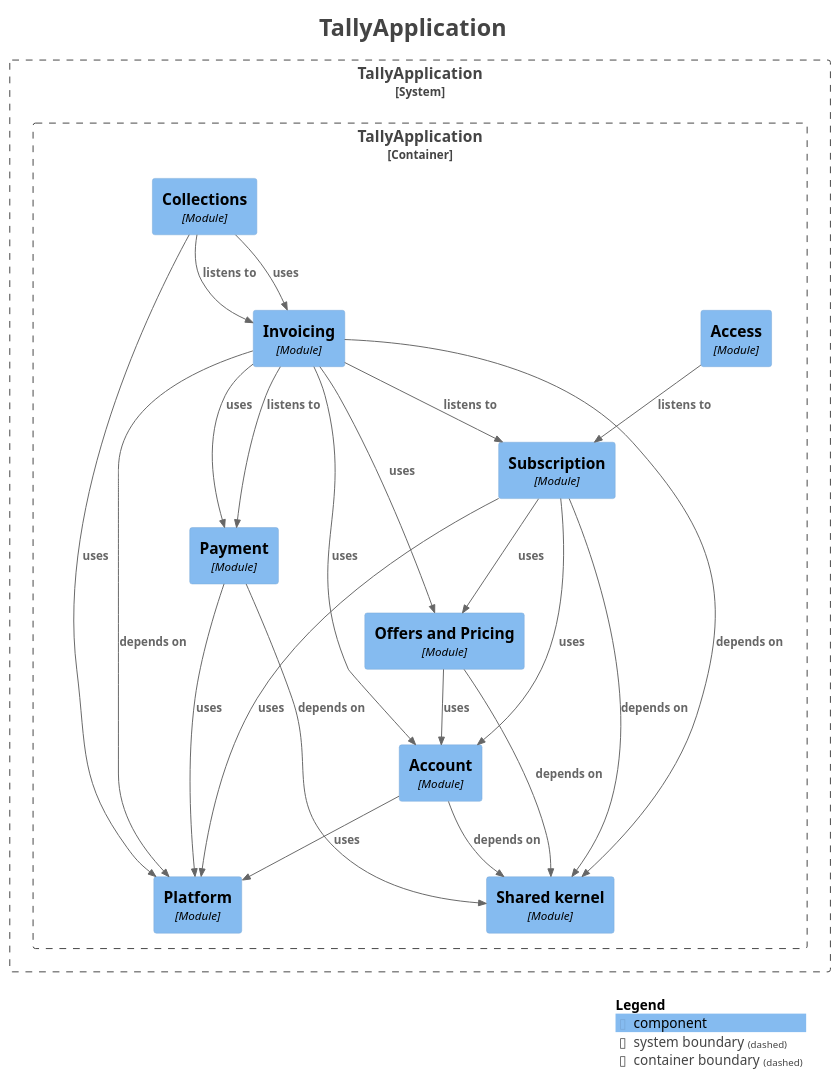
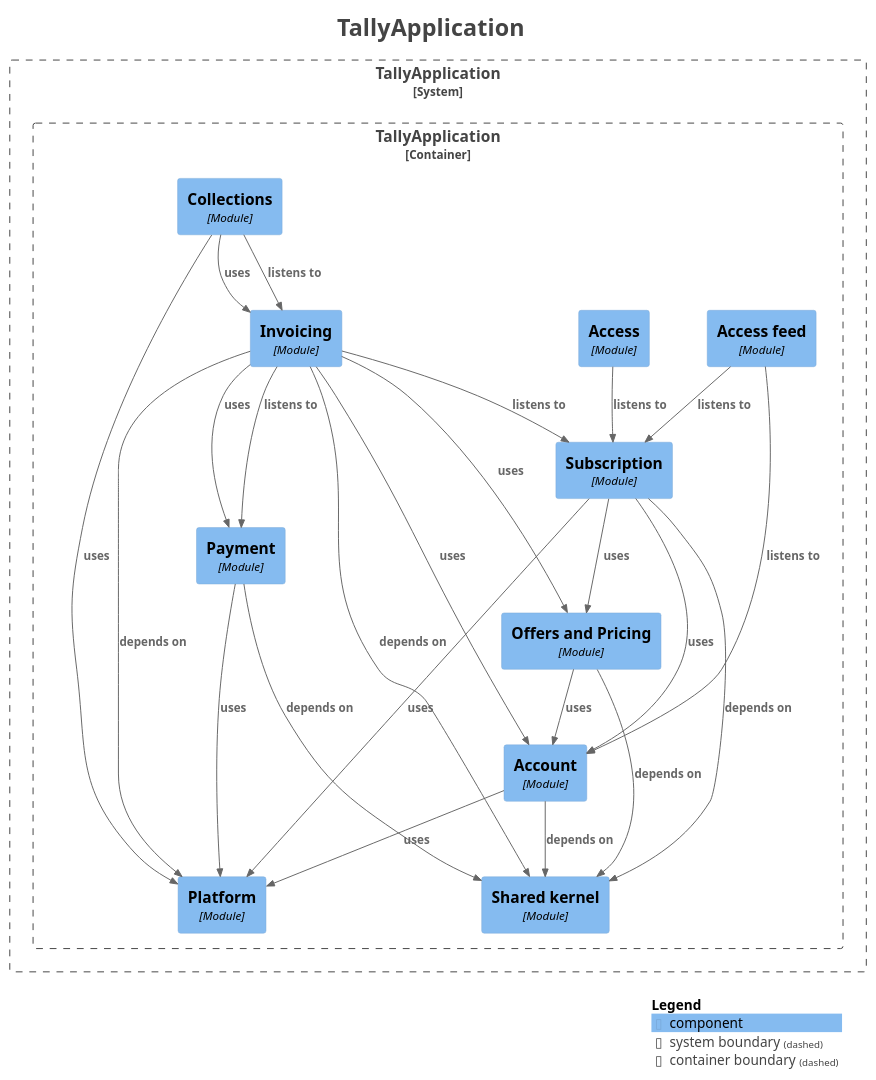
Before and after one commit to waleedarafa/tally: the diagram in docs/architecture/v2/components.puml, drawn with PlantUML. The commit also changed 15 other files, not shown here.

First line of the commit message:
The accessfeed module: one row of current access facts per account

```diff
--- a/docs/architecture/v2/components.puml
+++ b/docs/architecture/v2/components.puml
@@ -1,57 +1,60 @@
 @startuml
 title <size:24>TallyApplication</size>
 
 set separator none
 top to bottom direction
 
 <style>
   root {
     BackgroundColor: #ffffff
     FontColor: #444444
   }
 </style>
 
 !include <C4/C4>
 !include <C4/C4_Context>
 !include <C4/C4_Component>
 
 System_Boundary("TallyApplication_boundary", "TallyApplication", $tags="") {
   Container_Boundary("TallyApplication.TallyApplication_boundary", "TallyApplication", $tags="") {
     Component(TallyApplication.TallyApplication.Access, "Access", $techn="Module", $descr="", $tags="", $link="")
+    Component(TallyApplication.TallyApplication.Accessfeed, "Access feed", $techn="Module", $descr="", $tags="", $link="")
     Component(TallyApplication.TallyApplication.Account, "Account", $techn="Module", $descr="", $tags="", $link="")
     Component(TallyApplication.TallyApplication.Collections, "Collections", $techn="Module", $descr="", $tags="", $link="")
     Component(TallyApplication.TallyApplication.Invoicing, "Invoicing", $techn="Module", $descr="", $tags="", $link="")
     Component(TallyApplication.TallyApplication.OffersandPricing, "Offers and Pricing", $techn="Module", $descr="", $tags="", $link="")
     Component(TallyApplication.TallyApplication.Payment, "Payment", $techn="Module", $descr="", $tags="", $link="")
     Component(TallyApplication.TallyApplication.Platform, "Platform", $techn="Module", $descr="", $tags="", $link="")
     Component(TallyApplication.TallyApplication.Sharedkernel, "Shared kernel", $techn="Module", $descr="", $tags="", $link="")
     Component(TallyApplication.TallyApplication.Subscription, "Subscription", $techn="Module", $descr="", $tags="", $link="")
   }
 
 }
 
 Rel(TallyApplication.TallyApplication.Access, TallyApplication.TallyApplication.Subscription, "listens to", $techn="", $tags="", $link="")
+Rel(TallyApplication.TallyApplication.Accessfeed, TallyApplication.TallyApplication.Account, "listens to", $techn="", $tags="", $link="")
+Rel(TallyApplication.TallyApplication.Accessfeed, TallyApplication.TallyApplication.Subscription, "listens to", $techn="", $tags="", $link="")
 Rel(TallyApplication.TallyApplication.Account, TallyApplication.TallyApplication.Platform, "uses", $techn="", $tags="", $link="")
 Rel(TallyApplication.TallyApplication.Account, TallyApplication.TallyApplication.Sharedkernel, "depends on", $techn="", $tags="", $link="")
 Rel(TallyApplication.TallyApplication.Collections, TallyApplication.TallyApplication.Invoicing, "listens to", $techn="", $tags="", $link="")
 Rel(TallyApplication.TallyApplication.Collections, TallyApplication.TallyApplication.Invoicing, "uses", $techn="", $tags="", $link="")
 Rel(TallyApplication.TallyApplication.Collections, TallyApplication.TallyApplication.Platform, "uses", $techn="", $tags="", $link="")
 Rel(TallyApplication.TallyApplication.Invoicing, TallyApplication.TallyApplication.Account, "uses", $techn="", $tags="", $link="")
 Rel(TallyApplication.TallyApplication.Invoicing, TallyApplication.TallyApplication.OffersandPricing, "uses", $techn="", $tags="", $link="")
 Rel(TallyApplication.TallyApplication.Invoicing, TallyApplication.TallyApplication.Payment, "listens to", $techn="", $tags="", $link="")
 Rel(TallyApplication.TallyApplication.Invoicing, TallyApplication.TallyApplication.Payment, "uses", $techn="", $tags="", $link="")
 Rel(TallyApplication.TallyApplication.Invoicing, TallyApplication.TallyApplication.Platform, "depends on", $techn="", $tags="", $link="")
 Rel(TallyApplication.TallyApplication.Invoicing, TallyApplication.TallyApplication.Sharedkernel, "depends on", $techn="", $tags="", $link="")
 Rel(TallyApplication.TallyApplication.Invoicing, TallyApplication.TallyApplication.Subscription, "listens to", $techn="", $tags="", $link="")
 Rel(TallyApplication.TallyApplication.OffersandPricing, TallyApplication.TallyApplication.Account, "uses", $techn="", $tags="", $link="")
 Rel(TallyApplication.TallyApplication.OffersandPricing, TallyApplication.TallyApplication.Sharedkernel, "depends on", $techn="", $tags="", $link="")
 Rel(TallyApplication.TallyApplication.Payment, TallyApplication.TallyApplication.Platform, "uses", $techn="", $tags="", $link="")
 Rel(TallyApplication.TallyApplication.Payment, TallyApplication.TallyApplication.Sharedkernel, "depends on", $techn="", $tags="", $link="")
 Rel(TallyApplication.TallyApplication.Subscription, TallyApplication.TallyApplication.Account, "uses", $techn="", $tags="", $link="")
 Rel(TallyApplication.TallyApplication.Subscription, TallyApplication.TallyApplication.OffersandPricing, "uses", $techn="", $tags="", $link="")
 Rel(TallyApplication.TallyApplication.Subscription, TallyApplication.TallyApplication.Platform, "uses", $techn="", $tags="", $link="")
 Rel(TallyApplication.TallyApplication.Subscription, TallyApplication.TallyApplication.Sharedkernel, "depends on", $techn="", $tags="", $link="")
 
 SHOW_LEGEND(true)
 hide stereotypes
 @enduml
```
